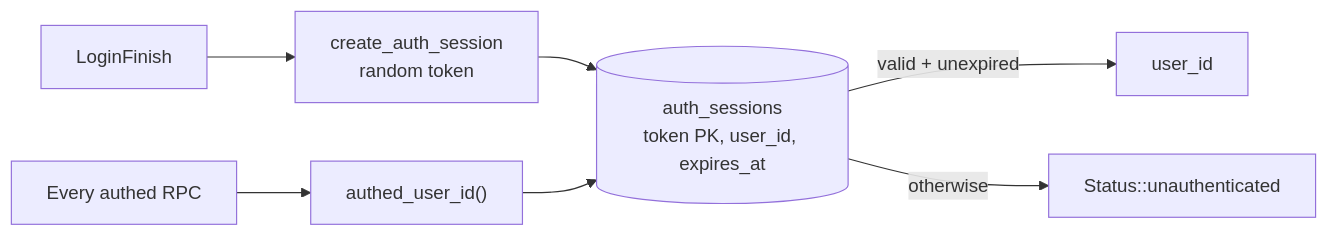
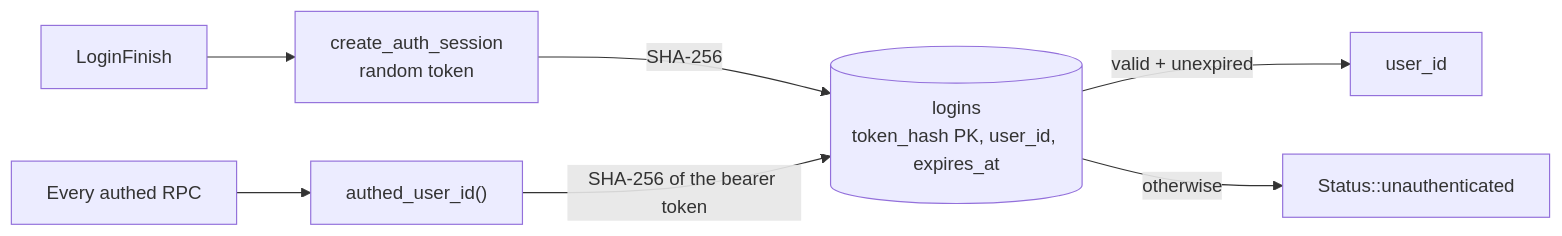
Before and after one commit to brensch/lift: the fourth of 4 diagrams in docs/architecture/auth.md, drawn with Mermaid. The commit also changed other lines of this file and 32 other files, not shown here.

````diff
--- a/docs/architecture/auth.md
+++ b/docs/architecture/auth.md
@@ -111,9 +111,9 @@
 ```mermaid
 graph LR
     login["LoginFinish"] --> tok["create_auth_session<br/>random token"]
-    tok --> row[("auth_sessions<br/>token PK, user_id, expires_at")]
+    tok -->|"SHA-256"| row[("logins<br/>token_hash PK, user_id, expires_at")]
     req["Every authed RPC"] --> chk["authed_user_id()"]
-    chk --> row
+    chk -->|"SHA-256 of the bearer token"| row
     row -->|"valid + unexpired"| ok["user_id"]
     row -->|"otherwise"| err["Status::unauthenticated"]
 ```
````
